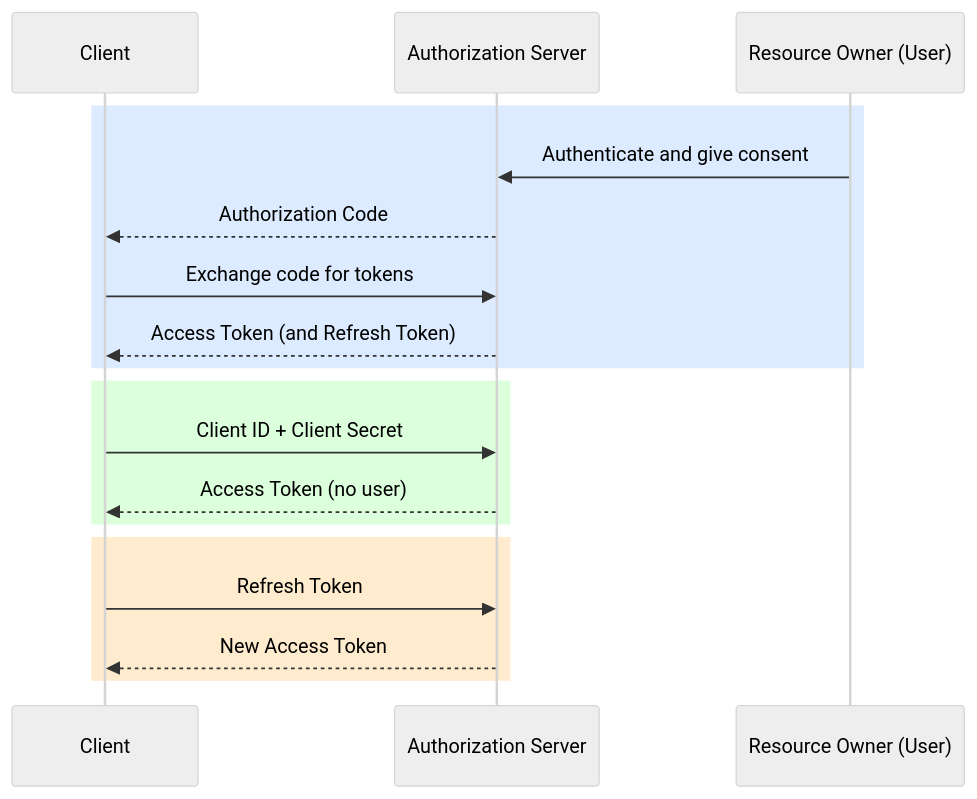
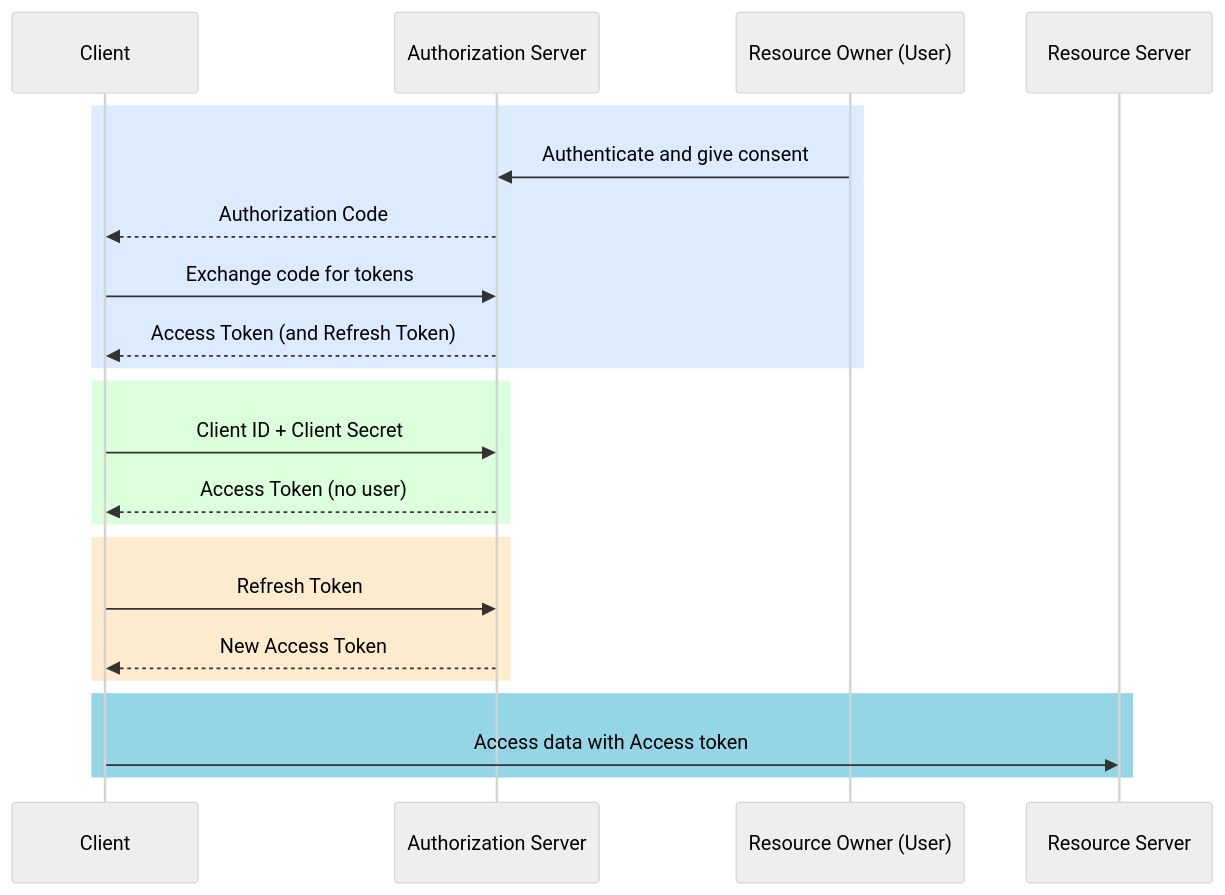
One commit to PrashantMudhiraj/AuthN_AuthZ changed the seventh of 7 diagrams in Security/AuthN_AuthZ.md. Above: the diagram before and after it, drawn with Mermaid. The commit also changed other lines of this file, not shown here.

````diff
--- a/Security/AuthN_AuthZ.md
+++ b/Security/AuthN_AuthZ.md
@@ -1756,40 +1793,43 @@
 ```mermaid
 ---
 config:
   look: handDrawn
   theme: neutral
   themeVariables:
     fontFamily: "Verdana"
     fontSize: "16px"
     actorFontSize: "18px"
     messageFontSize: "14px"
     noteFontSize: "14px"
     actorFontWeight: "bold"
     actorTextColor: "#000"
     signalTextColor: "#000"
     labelTextColor: "#000"
 ---
 sequenceDiagram
     participant Client
     participant AS as Authorization Server
     participant RO as Resource Owner (User)
+    participant RS as Resource Server
 
     rect rgb(220,235,255)
         RO->>AS: Authenticate and give consent
         AS-->>Client: Authorization Code
         Client->>AS: Exchange code for tokens
         AS-->>Client: Access Token (and Refresh Token)
     end
 
     rect rgb(220,255,220)
         Client->>AS: Client ID + Client Secret
         AS-->>Client: Access Token (no user)
     end
 
     rect rgb(255,235,205)
         Client->>AS: Refresh Token
         AS-->>Client: New Access Token
     end
 
-
+    rect rgb(148, 213, 230)
+        Client->>RS : Access data with Access token
+    end
 ```
````
